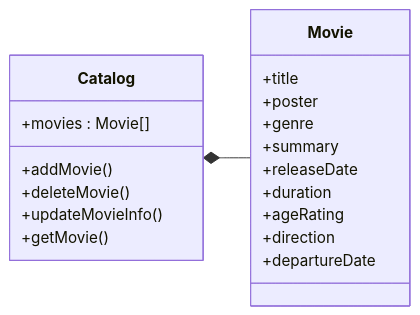
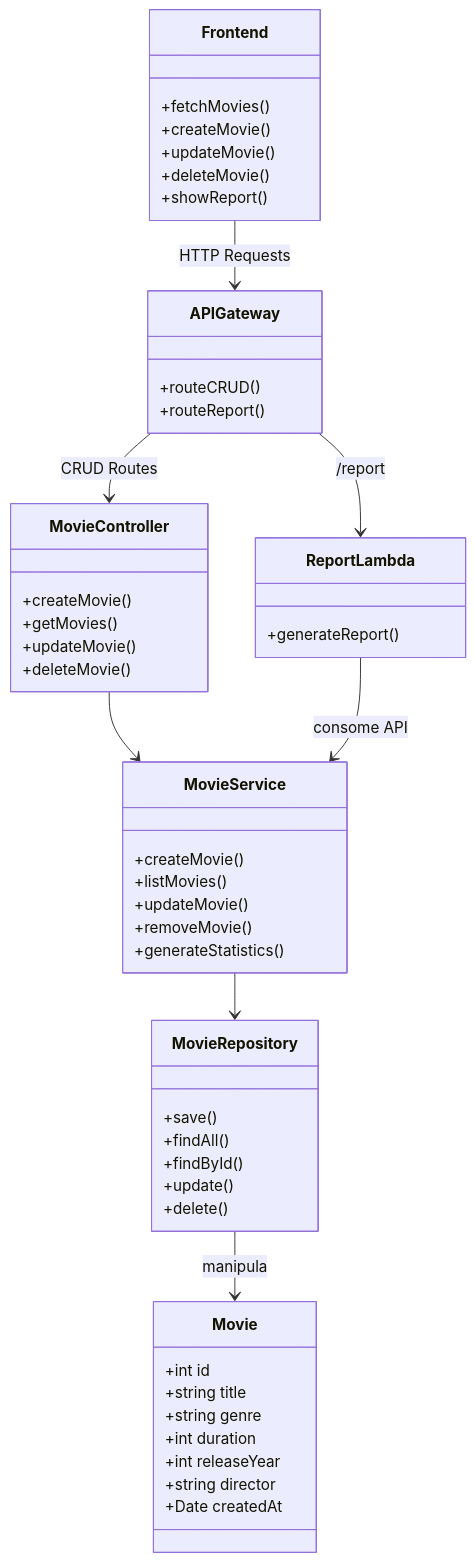
One commit to carolssun/2026.1-ServicosNuvem-MovieCatalog changed the third of 4 diagrams in README.md. Above: the diagram before and after it, drawn with Mermaid. The commit also changed other lines of this file, not shown here.

````diff
--- a/README.md
+++ b/README.md
@@ -171,26 +160,67 @@
 ```mermaid
 classDiagram
-direction LR
 
-class Movie {
-  +title
-  +poster
-  +genre
-  +summary
-  +releaseDate
-  +duration
-  +ageRating
-  +direction
-  +departureDate
-}
+    class Movie {
+        +int id
+        +string title
+        +string genre
+        +int duration
+        +int releaseYear
+        +string director
+        +Date createdAt
+    }
 
-class Catalog {
-  +movies : Movie[]
-  +addMovie()
-  +deleteMovie()
-  +updateMovieInfo()
-  +getMovie()
-}
+    class MovieController {
+        +createMovie()
+        +getMovies()
+        +updateMovie()
+        +deleteMovie()
+    }
 
-Catalog *-- Movie
+    class MovieService {
+        +createMovie()
+        +listMovies()
+        +updateMovie()
+        +removeMovie()
+        +generateStatistics()
+    }
+
+    class MovieRepository {
+        +save()
+        +findAll()
+        +findById()
+        +update()
+        +delete()
+    }
+
+    class ReportLambda {
+        +generateReport()
+    }
+
+    class APIGateway {
+        +routeCRUD()
+        +routeReport()
+    }
+
+    class Frontend {
+        +fetchMovies()
+        +createMovie()
+        +updateMovie()
+        +deleteMovie()
+        +showReport()
+    }
+
+    Frontend --> APIGateway : HTTP Requests
+
+    APIGateway --> MovieController : CRUD Routes
+
+    APIGateway --> ReportLambda : /report
+
+    MovieController --> MovieService
+
+    MovieService --> MovieRepository
+
+    MovieRepository --> Movie : manipula
+
+    ReportLambda --> MovieService : consome API
 ```
````
